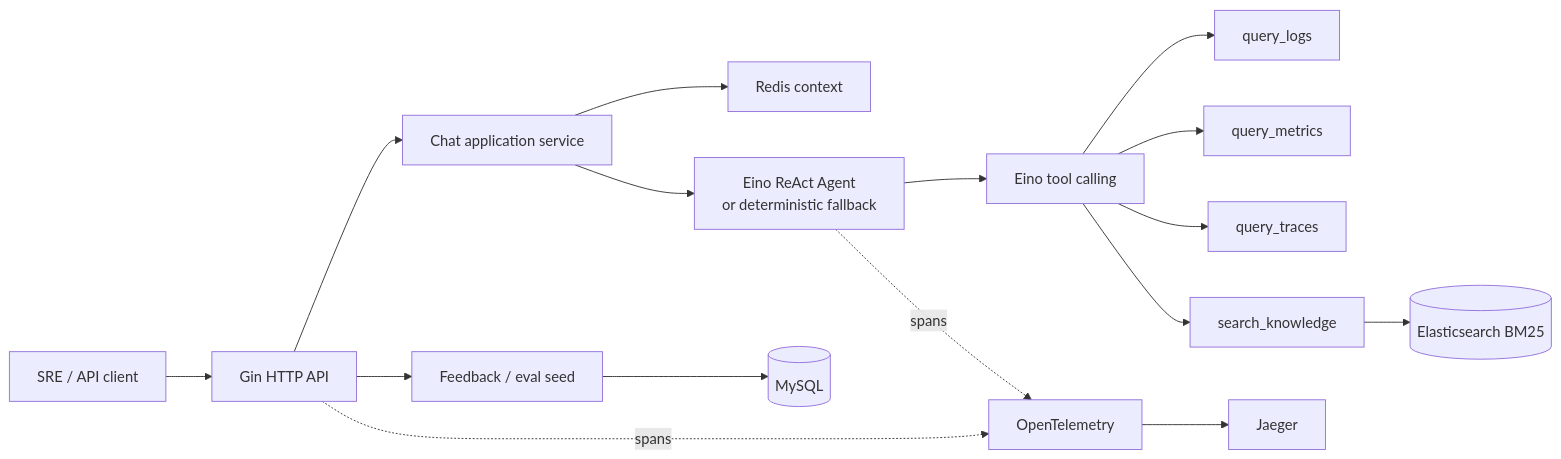
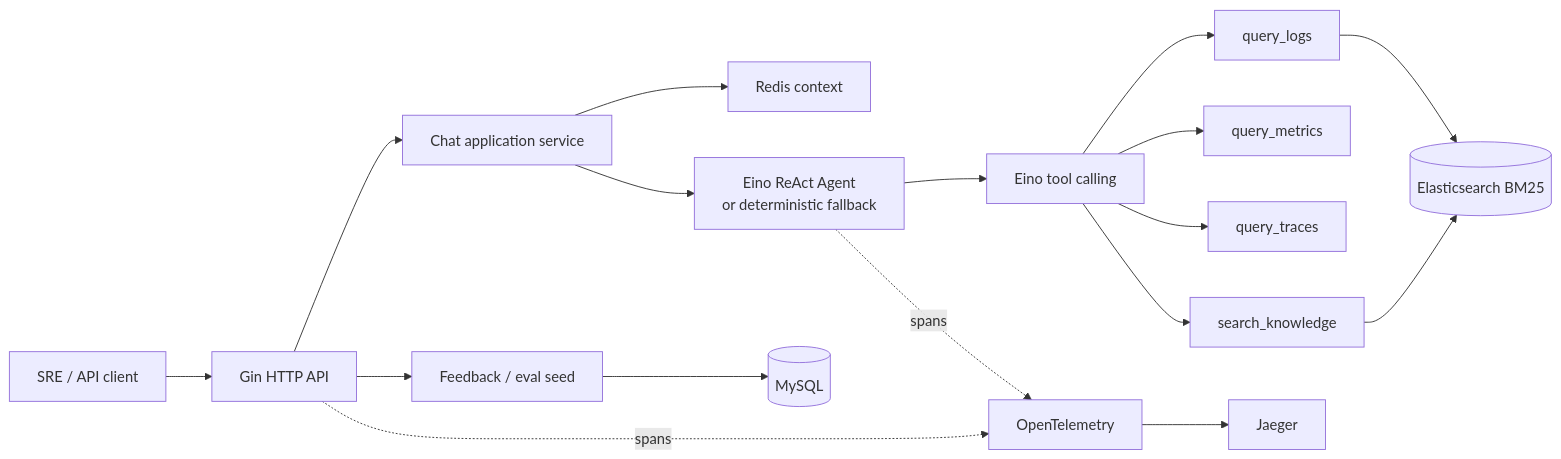
The diagram in README.md (jiawei-wang-dev/WatchOps-Lite), drawn with Mermaid before and after one commit. The commit also changed other lines of this file and 26 other files, not shown here.

````diff
--- a/README.md
+++ b/README.md
@@ -9,18 +9,19 @@
 ```mermaid
 flowchart LR
     C["SRE / API client"] --> G["Gin HTTP API"]
     G --> A["Chat application service"]
     A --> M["Redis context"]
     A --> E["Eino ReAct Agent<br/>or deterministic fallback"]
     E --> T["Eino tool calling"]
     T --> L["query_logs"]
     T --> P["query_metrics"]
     T --> R["query_traces"]
     T --> K["search_knowledge"]
+    L --> ES
     K --> ES[("Elasticsearch BM25")]
     G --> F["Feedback / eval seed"]
     F --> DB[("MySQL")]
     G -. spans .-> O["OpenTelemetry"]
     E -. spans .-> O
     O --> J["Jaeger"]
 ```
````
